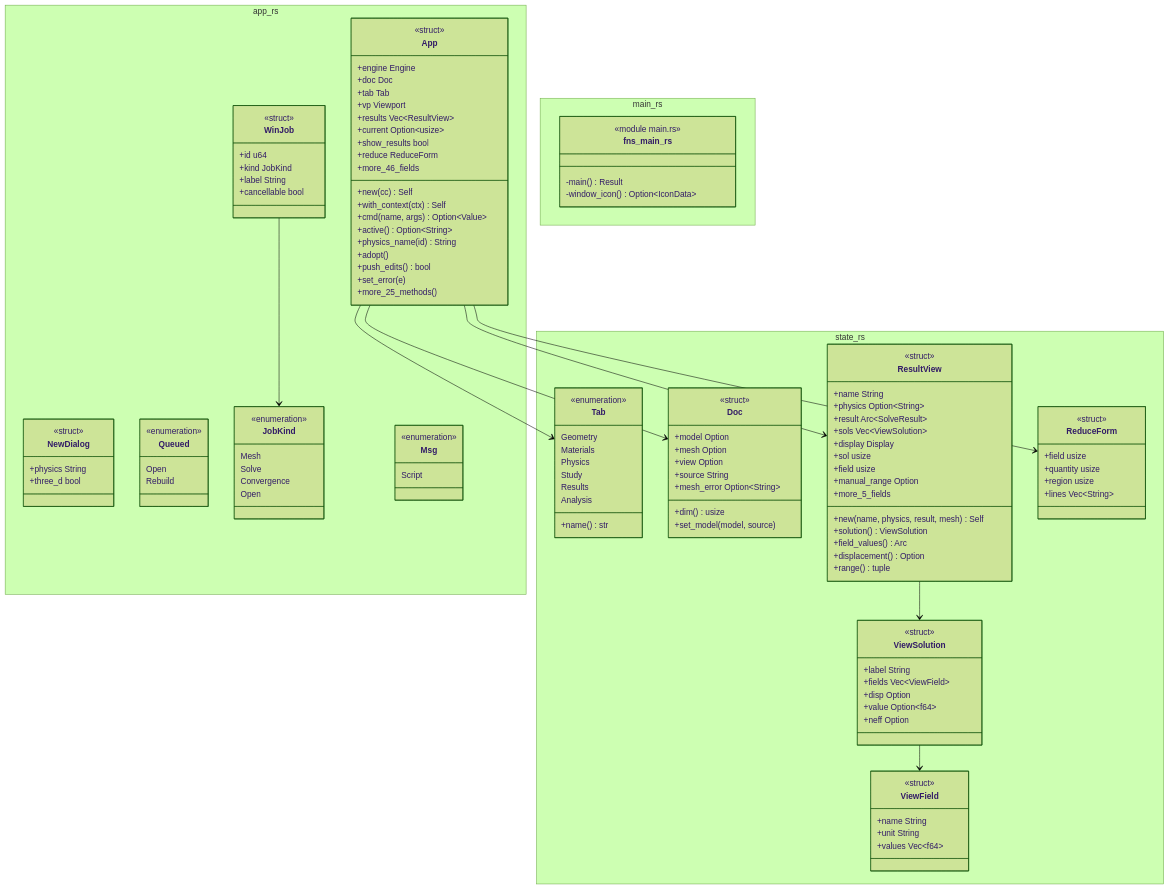
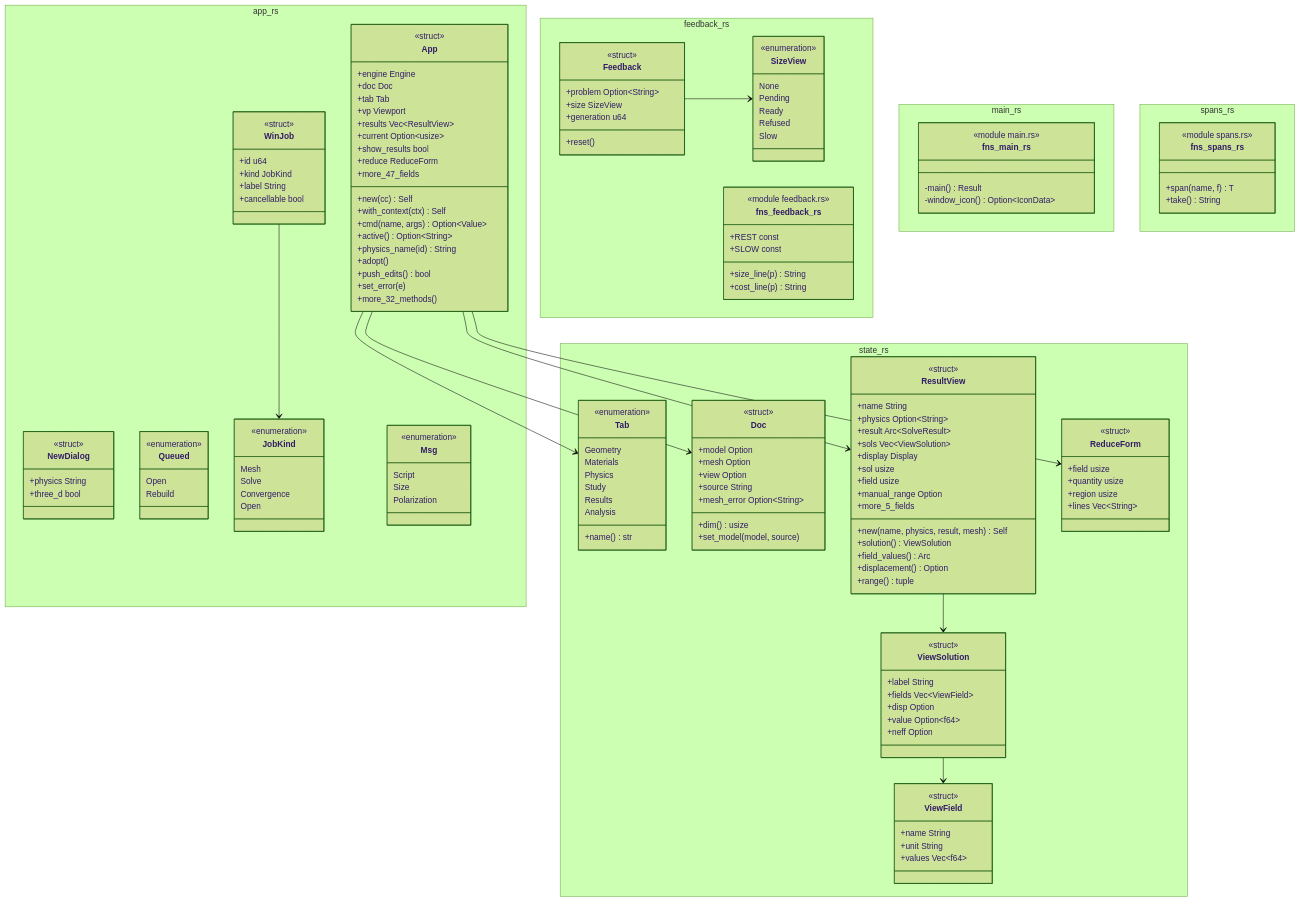
One commit to p-j-r/nyx changed the diagram in docs/architecture/c4/4-code/app/window.md. Above: the diagram before and after it, drawn with Mermaid (forest theme). The commit also changed other lines of this file and 44 other files, not shown here.

````diff
--- a/docs/architecture/c4/4-code/app/window.md
+++ b/docs/architecture/c4/4-code/app/window.md
@@ -69,6 +71,8 @@
     class Msg {
         <<enumeration>>
         Script
+        Size
+        Polarization
     }
     class App {
         <<struct>>
@@ -80,7 +84,7 @@
         +current Option~usize~
         +show_results bool
         +reduce ReduceForm
-        +more_46_fields
+        +more_47_fields
         +new(cc) Self
         +with_context(ctx) Self
         +cmd(name, args) Option~Value~
@@ -89,7 +93,31 @@
         +adopt()
         +push_edits() bool
         +set_error(e)
-        +more_25_methods()
+        +more_32_methods()
+    }
+  }
+  namespace feedback_rs {
+    class SizeView {
+        <<enumeration>>
+        None
+        Pending
+        Ready
+        Refused
+        Slow
+    }
+    class Feedback {
+        <<struct>>
+        +problem Option~String~
+        +size SizeView
+        +generation u64
+        +reset()
+    }
+    class fns_feedback_rs {
+        <<module feedback.rs>>
+        +size_line(p) String
+        +cost_line(p) String
+        +REST const
+        +SLOW const
     }
   }
   namespace main_rs {
@@ -97,6 +125,13 @@
         <<module main.rs>>
         -main() Result
         -window_icon() Option~IconData~
+    }
+  }
+  namespace spans_rs {
+    class fns_spans_rs {
+        <<module spans.rs>>
+        +span(name, f) T
+        +take() String
     }
   }
   namespace state_rs {
@@ -164,6 +199,7 @@
   App --> Tab
   App --> ResultView
   App --> ReduceForm
+  Feedback --> SizeView
   ViewSolution --> ViewField
   ResultView --> ViewSolution
 ```
````
